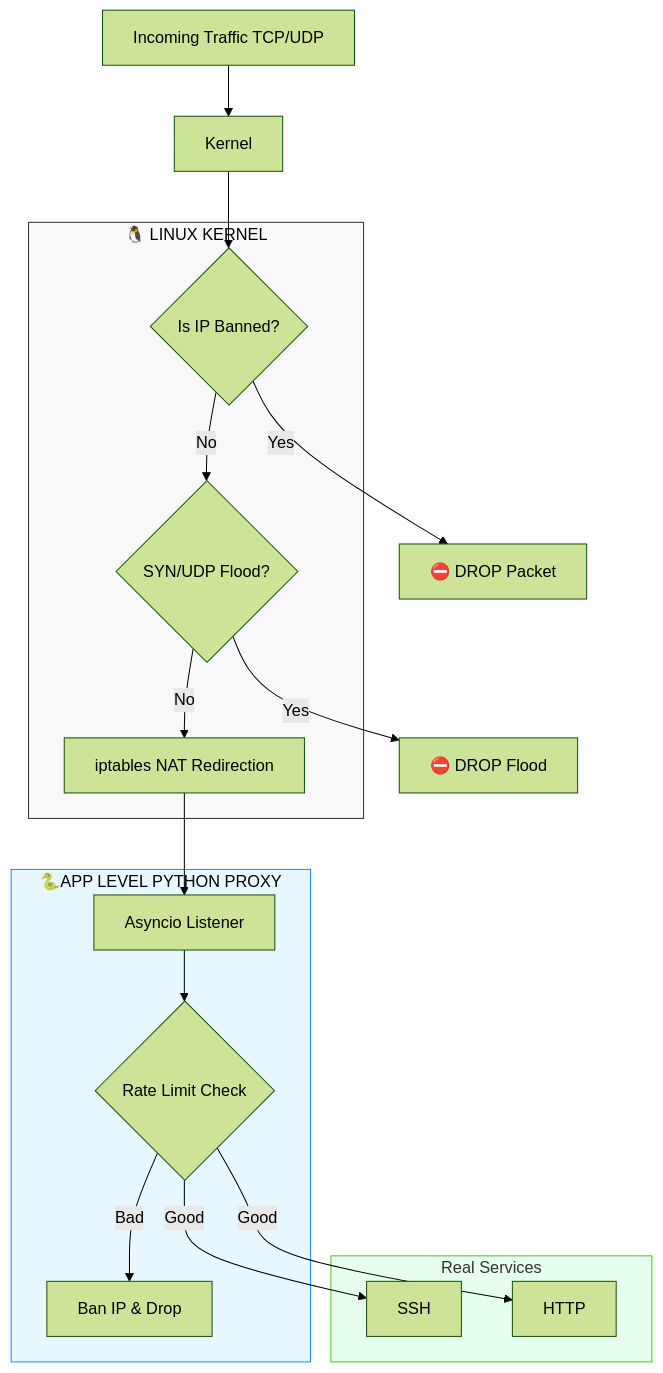
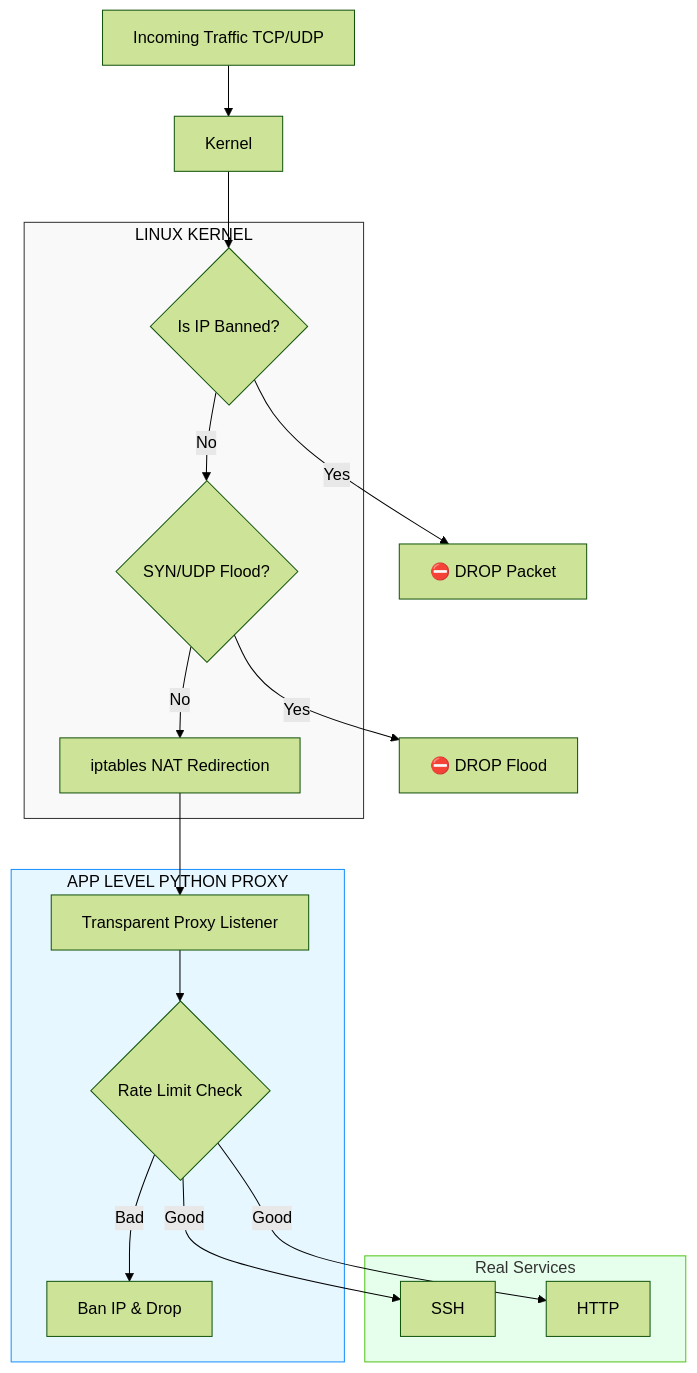
One commit to keremincii/ddos-preventer-for-lan changed the diagram in PROJECT_MANUAL.md. Above: the diagram before and after it, drawn with Mermaid (forest theme). The commit also changed other lines of this file, not shown here.

Commit message:
Update PROJECT_MANUAL.md with new content

````diff
--- a/PROJECT_MANUAL.md
+++ b/PROJECT_MANUAL.md
@@ -8,38 +8,38 @@
 ```mermaid
 graph TD
     Input[Incoming Traffic TCP/UDP] --> Kernel
     
-    subgraph Linux_Kernel [🐧 LINUX KERNEL]
+    subgraph Linux_Kernel [LINUX KERNEL]
         style Linux_Kernel fill:#f9f9f9,stroke:#333,color:#000
         Blocklist{Is IP Banned?}
         FloodProt{SYN/UDP Flood?}
         NAT[iptables NAT Redirection]
     end
 
-    subgraph User_Space [🐍APP LEVEL PYTHON PROXY]
+    subgraph User_Space [APP LEVEL PYTHON PROXY]
         style User_Space fill:#e6f7ff,stroke:#1890ff,color:#000
-        ProxyList[Asyncio Listener]
+        ProxyList[Transparent Proxy Listener]
         RateLimit{Rate Limit Check}
         Mitigation[Ban IP & Drop]
     end
 
     subgraph Services [Real Services]
         style Services fill:#e6ffec,stroke:#52c41a
         SSH[SSH]
         HTTP[HTTP]
     end
 
     %% Akış Mantığı
     Kernel --> Blocklist
     Blocklist -- Yes --> Drop1[⛔ DROP Packet]
     Blocklist -- No --> FloodProt
     
     FloodProt -- Yes --> Drop2[⛔ DROP Flood]
     FloodProt -- No --> NAT
     
     NAT --> ProxyList
     ProxyList --> RateLimit
     
     RateLimit -- Good --> SSH & HTTP
     RateLimit -- Bad --> Mitigation
 ```
````
